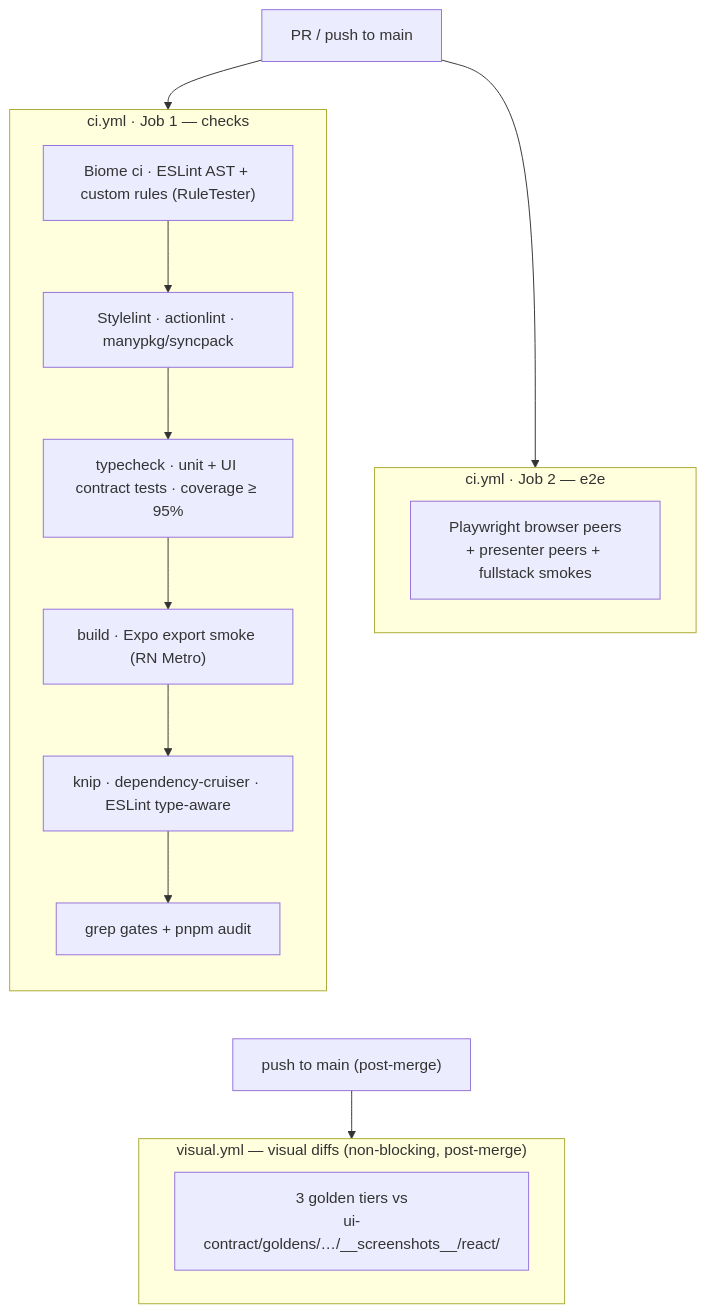
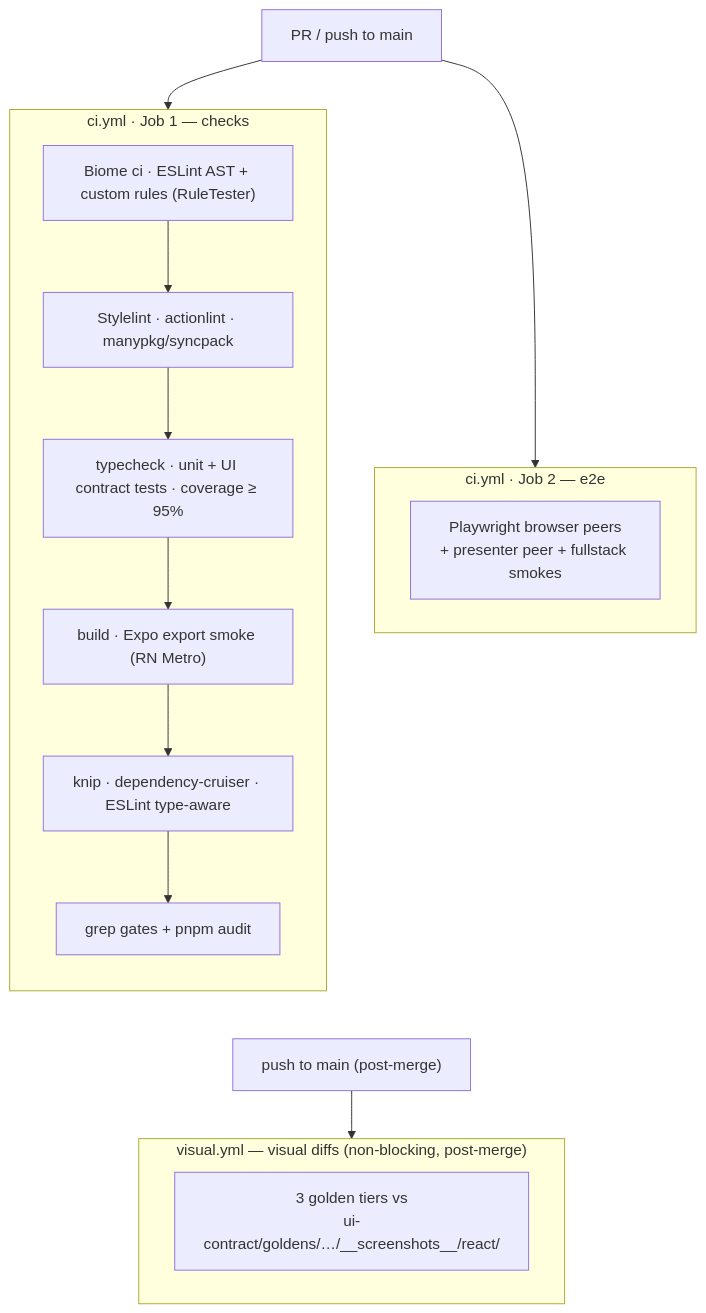
Before and after one commit to bettersoftware-io/ReactiveTraderCloudClone: the diagram in docs/architecture/09-test-strategy.md, drawn with Mermaid. The commit also changed other lines of this file and 48 other files, not shown here.

````diff
--- a/docs/architecture/09-test-strategy.md
+++ b/docs/architecture/09-test-strategy.md
@@ -160,25 +150,25 @@
 ```mermaid
 flowchart TD
     trigger["PR / push to main"]
     trigger --> checks
     trigger --> e2e
     subgraph checks["ci.yml · Job 1 — checks"]
         direction TB
         c1["Biome ci · ESLint AST + custom rules (RuleTester)"]
         c1 --> c3["Stylelint · actionlint · manypkg/syncpack"]
         c3 --> c4["typecheck · unit + UI contract tests · coverage ≥ 95%"]
         c4 --> c6["build · Expo export smoke (RN Metro)"]
         c6 --> c7["knip · dependency-cruiser · ESLint type-aware"]
         c7 --> c8["grep gates + pnpm audit"]
     end
     subgraph e2e["ci.yml · Job 2 — e2e"]
-        e1["Playwright browser peers<br/>+ presenter peers + fullstack smokes"]
+        e1["Playwright browser peers<br/>+ presenter peer + fullstack smokes"]
     end
     checks ~~~ postmerge
     e2e ~~~ postmerge
     postmerge["push to main (post-merge)"]
     postmerge --> visual
     subgraph visual["visual.yml — visual diffs (non-blocking, post-merge)"]
         v1["3 golden tiers vs<br/>ui-contract/goldens/…/__screenshots__/react/"]
     end
 ```
````
